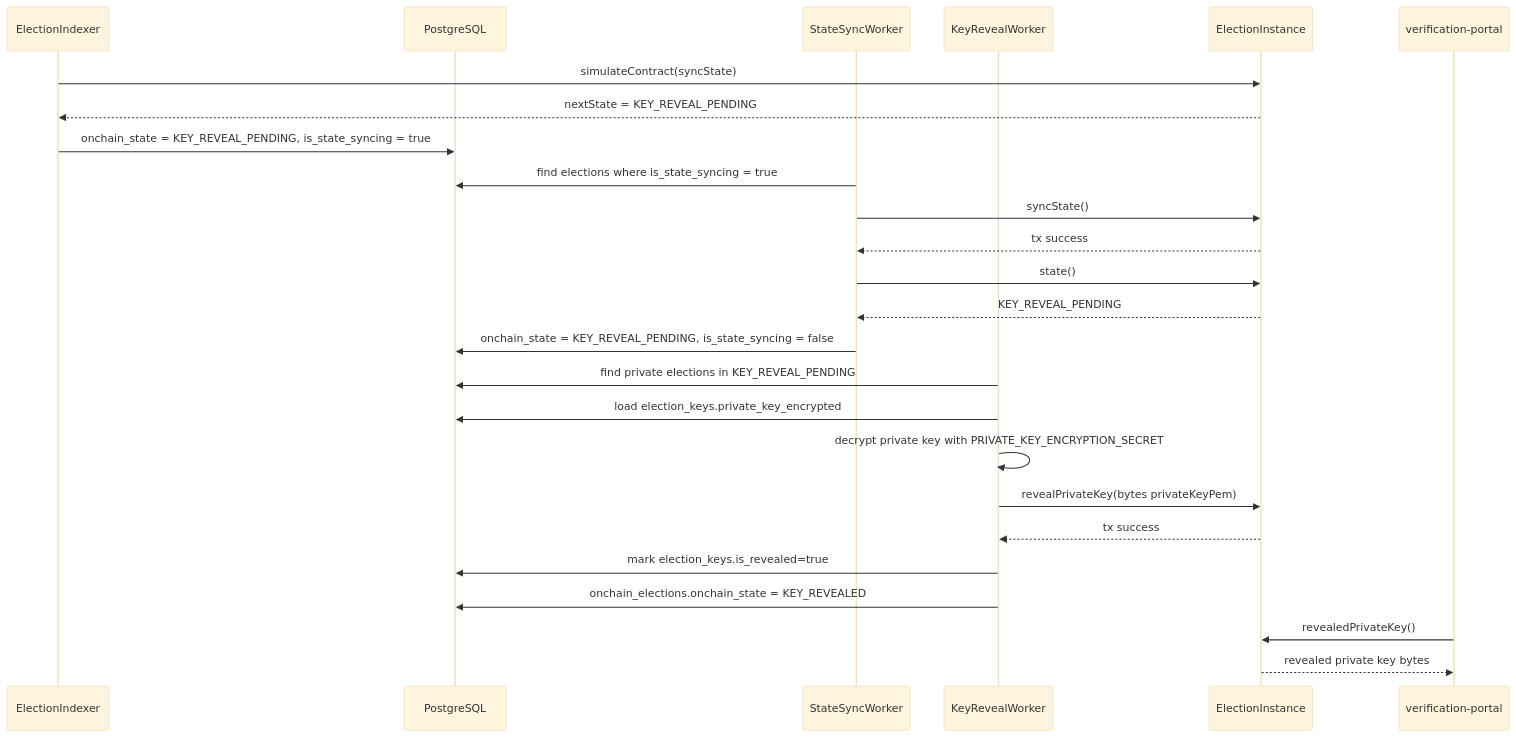
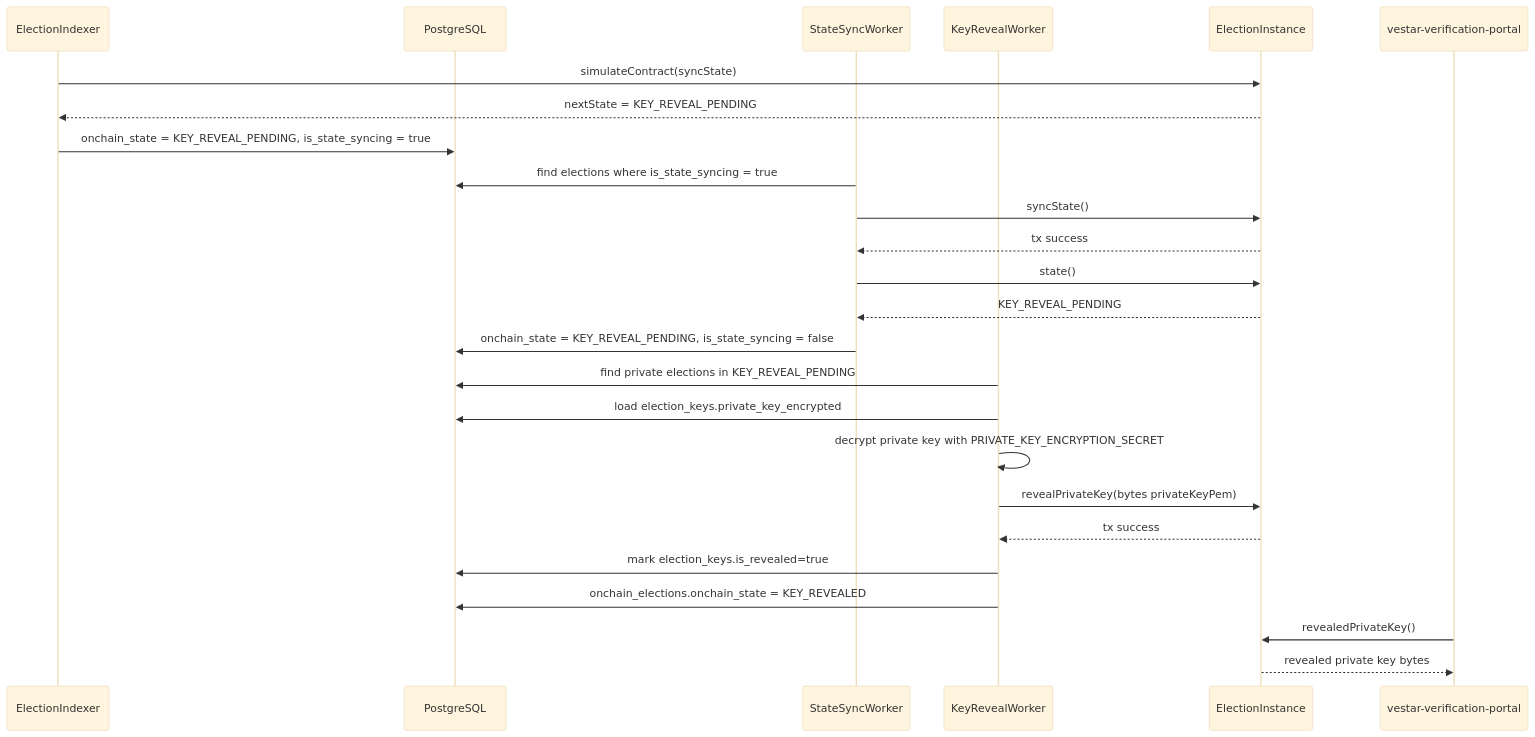
One commit to VESTAr-BAY/vestar-backend changed the sixth of 9 diagrams in README.md. Above: the diagram before and after it, drawn with Mermaid (base theme). The commit also changed other lines of this file and 2 other files, not shown here.

````diff
--- a/README.md
+++ b/README.md
@@ -219,31 +230,31 @@
 ```mermaid
 sequenceDiagram
   participant IDX as ElectionIndexer
   participant DB as PostgreSQL
   participant SS as StateSyncWorker
   participant KR as KeyRevealWorker
   participant EL as ElectionInstance
-  participant PORTAL as verification-portal
+  participant PORTAL as vestar-verification-portal
 
   IDX->>EL: simulateContract(syncState)
   EL-->>IDX: nextState = KEY_REVEAL_PENDING
   IDX->>DB: onchain_state = KEY_REVEAL_PENDING, is_state_syncing = true
 
   SS->>DB: find elections where is_state_syncing = true
   SS->>EL: syncState()
   EL-->>SS: tx success
   SS->>EL: state()
   EL-->>SS: KEY_REVEAL_PENDING
   SS->>DB: onchain_state = KEY_REVEAL_PENDING, is_state_syncing = false
 
   KR->>DB: find private elections in KEY_REVEAL_PENDING
   KR->>DB: load election_keys.private_key_encrypted
   KR->>KR: decrypt private key with PRIVATE_KEY_ENCRYPTION_SECRET
   KR->>EL: revealPrivateKey(bytes privateKeyPem)
   EL-->>KR: tx success
   KR->>DB: mark election_keys.is_revealed=true
   KR->>DB: onchain_elections.onchain_state = KEY_REVEALED
 
   PORTAL->>EL: revealedPrivateKey()
   EL-->>PORTAL: revealed private key bytes
 ```
````
